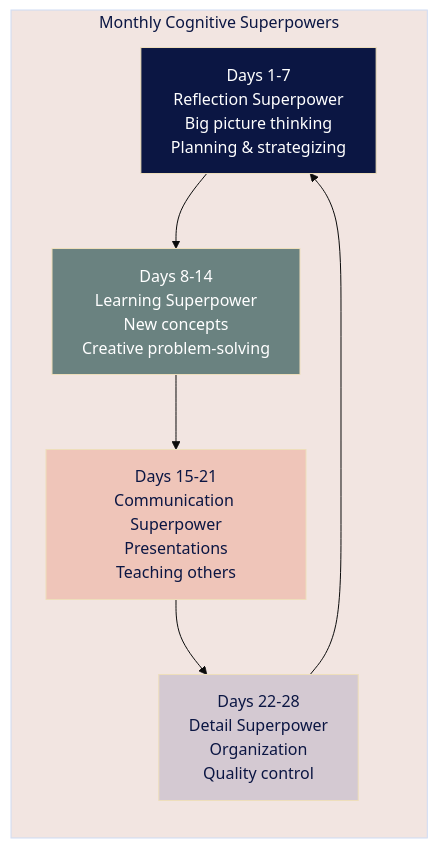
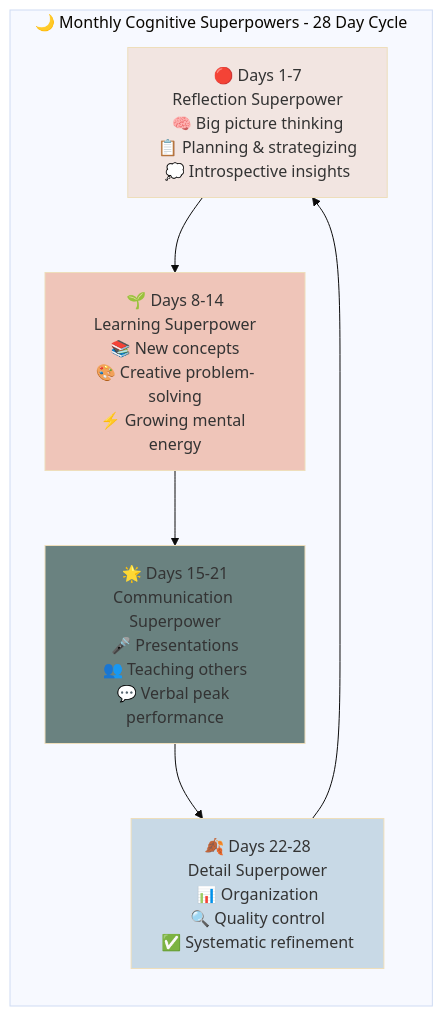
Before and after one commit to ninabrenes/ai-for-normal-people: the fourth of 5 diagrams in how-to-learn-anything.md, drawn with Mermaid (base theme). The commit also changed other lines of this file, not shown here.

````diff
--- a/how-to-learn-anything.md
+++ b/how-to-learn-anything.md
@@ -128,17 +132,19 @@
 ```mermaid
 graph LR
-    subgraph Cycle[Monthly Cognitive Superpowers]
-        M[Days 1-7<br/>Reflection Superpower<br/>Big picture thinking<br/>Planning & strategizing]
-        F[Days 8-14<br/>Learning Superpower<br/>New concepts<br/>Creative problem-solving]
-        O[Days 15-21<br/>Communication Superpower<br/>Presentations<br/>Teaching others]
-        L[Days 22-28<br/>Detail Superpower<br/>Organization<br/>Quality control]
+    subgraph Cycle[🌙 Monthly Cognitive Superpowers - 28 Day Cycle]
+        M[🔴 Days 1-7<br/>Reflection Superpower<br/>🧠 Big picture thinking<br/>📋 Planning & strategizing<br/>💭 Introspective insights]
+        
+        F[🌱 Days 8-14<br/>Learning Superpower<br/>📚 New concepts<br/>🎨 Creative problem-solving<br/>⚡ Growing mental energy]
+        
+        O[🌟 Days 15-21<br/>Communication Superpower<br/>🎤 Presentations<br/>👥 Teaching others<br/>💬 Verbal peak performance]
+        
+        L[🍂 Days 22-28<br/>Detail Superpower<br/>📊 Organization<br/>🔍 Quality control<br/>✅ Systematic refinement]
     end
     
     M --> F --> O --> L --> M
     
-    style M fill:#0b1643,color:#ffffff
-    style F fill:#6a8280,color:#ffffff
-    style O fill:#efc5b9,color:#0b1643
-    style L fill:#d4c9d2,color:#0b1643
-    style Cycle fill:#f2e5e1,color:#0b1643
+    style M fill:#f2e5e1
+    style F fill:#efc5b9
+    style O fill:#6a8280
+    style L fill:#c8d9e6
 ```
````
